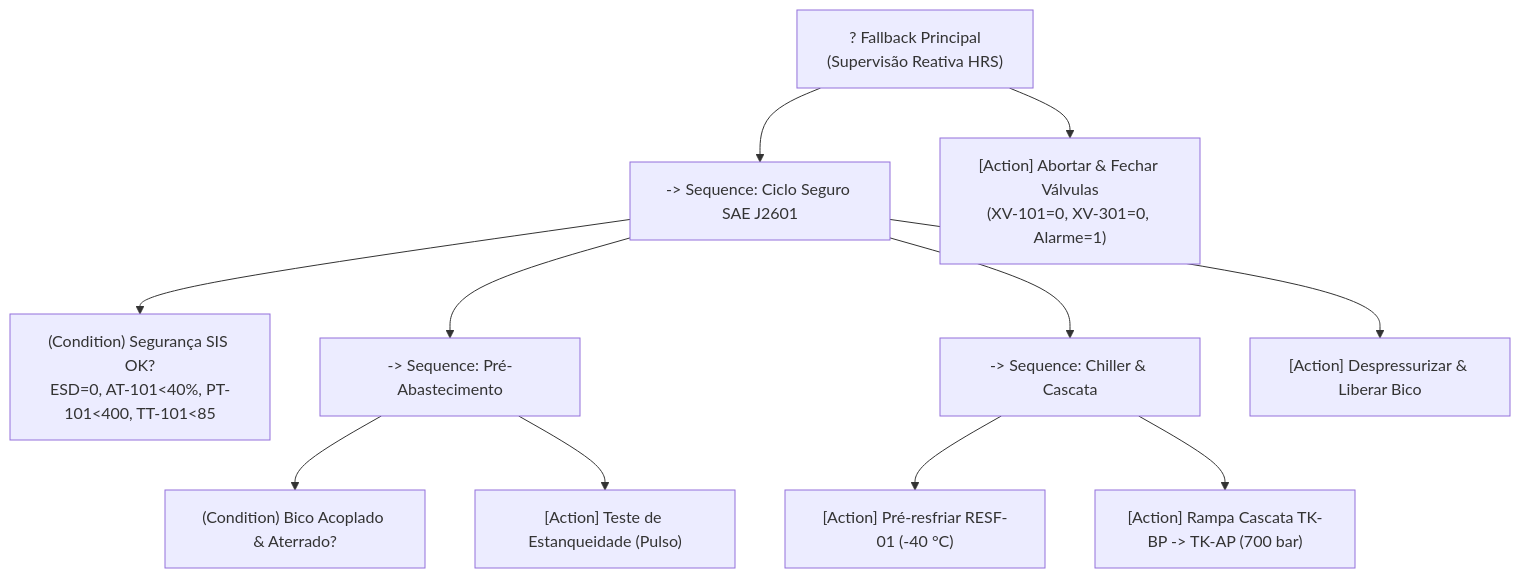
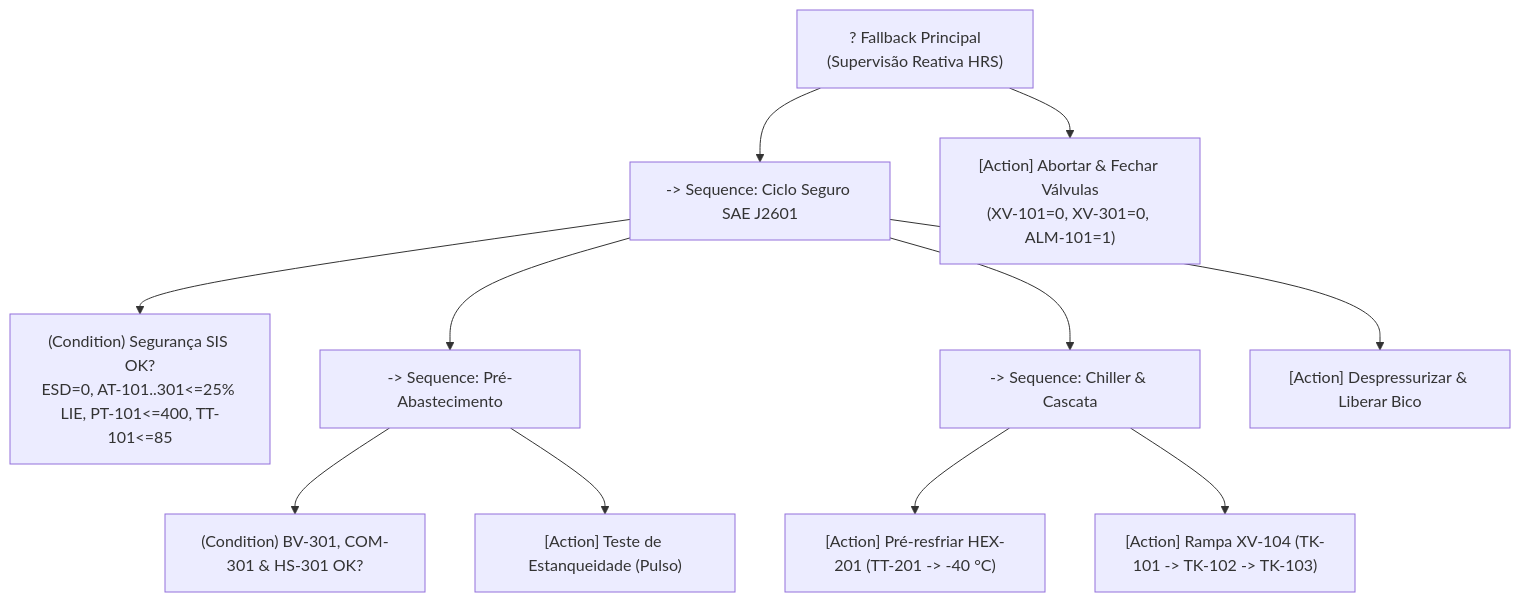
The diagram in etapa-03-arvores/Aula 25 - Árvores de Comportamento.md (leovarconrenno/Estacao-de-Reabastecimento-de-Hidrogenio---SCADA-Core), drawn with Mermaid before and after one commit. The commit also changed other lines of this file and 19 other files, not shown here.

````diff
--- a/etapa-03-arvores/Aula 25 - Árvores de Comportamento.md
+++ b/etapa-03-arvores/Aula 25 - Árvores de Comportamento.md
@@ -36,29 +35,29 @@
 ```mermaid
 flowchart TD
     Root["? Fallback Principal<br/>(Supervisão Reativa HRS)"]
     SeqOp["-> Sequence: Ciclo Seguro SAE J2601"]
-    ActFail["[Action] Abortar & Fechar Válvulas<br/>(XV-101=0, XV-301=0, Alarme=1)"]
+    ActFail["[Action] Abortar & Fechar Válvulas<br/>(XV-101=0, XV-301=0, ALM-101=1)"]
 
     Root --> SeqOp
     Root --> ActFail
 
-    CondSafe["(Condition) Segurança SIS OK?<br/>ESD=0, AT-101<40%, PT-101<400, TT-101<85"]
+    CondSafe["(Condition) Segurança SIS OK?<br/>ESD=0, AT-101..301<=25% LIE, PT-101<=400, TT-101<=85"]
     SeqPrep["-> Sequence: Pré-Abastecimento"]
     SeqFuel["-> Sequence: Chiller & Cascata"]
     ActPost["[Action] Despressurizar & Liberar Bico"]
 
     SeqOp --> CondSafe
     SeqOp --> SeqPrep
     SeqOp --> SeqFuel
     SeqOp --> ActPost
 
-    CondNozzle["(Condition) Bico Acoplado & Aterrado?"]
+    CondNozzle["(Condition) BV-301, COM-301 & HS-301 OK?"]
     ActLeak["[Action] Teste de Estanqueidade (Pulso)"]
     SeqPrep --> CondNozzle
     SeqPrep --> ActLeak
 
-    ActChill["[Action] Pré-resfriar RESF-01 (-40 °C)"]
-    ActRamp["[Action] Rampa Cascata TK-BP -> TK-AP (700 bar)"]
+    ActChill["[Action] Pré-resfriar HEX-201 (TT-201 -> -40 °C)"]
+    ActRamp["[Action] Rampa XV-104 (TK-101 -> TK-102 -> TK-103)"]
     SeqFuel --> ActChill
     SeqFuel --> ActRamp
 ```
````
